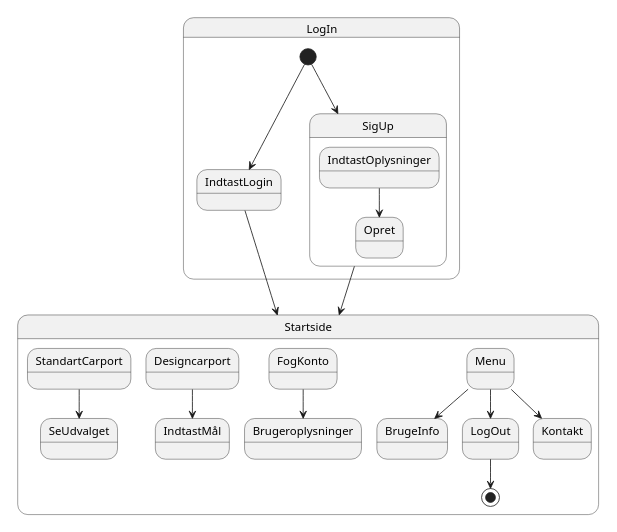
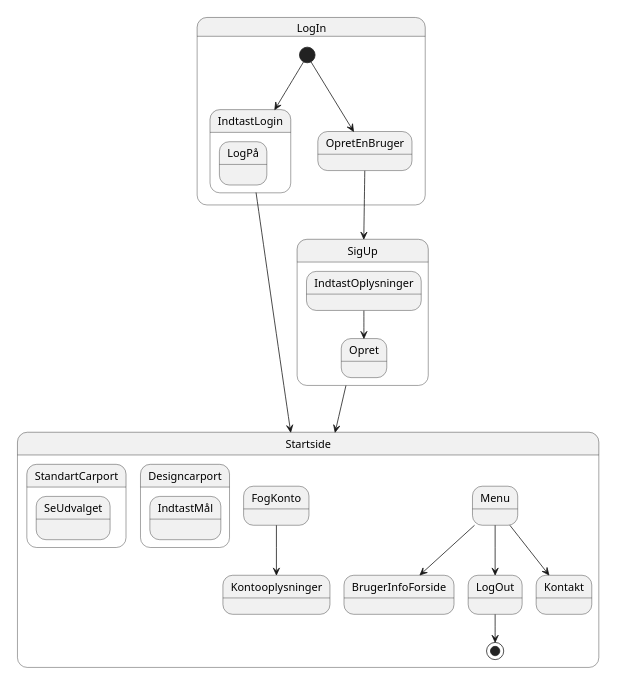
One commit to TeodoraM24/Carport2024 changed the diagram in doc/first_Customer_StartsideNavigationDiagram.puml. Above: the diagram before and after it, drawn with PlantUML. The commit also changed 4 other files, not shown here.

Commit message:
UML 4 NavigationsDiagram rettelser

```diff
--- a/doc/first_Customer_StartsideNavigationDiagram.puml
+++ b/doc/first_Customer_StartsideNavigationDiagram.puml
@@ -1,29 +1,38 @@
 @startuml
 'https://plantuml.com/state-diagram
 
 scale 350 width
 
 state LogIn {
 [*] --> IndtastLogin
-[*] --> SigUp
+[*] --> OpretEnBruger
 }
+OpretEnBruger--> SigUp
 state SigUp {
 IndtastOplysninger --> Opret
 }
 
 IndtastLogin --> Startside
+state IndtastLogin{
+LogPå:
+}
 SigUp --> Startside
 
 state Startside{
-StandartCarport --> SeUdvalget
-Designcarport --> IndtastMål
-FogKonto --> Brugeroplysninger
-Menu --> BrugeInfo
+
+state StandartCarport {
+SeUdvalget:
+}
+state Designcarport {
+IndtastMål:
+}
+FogKonto --> Kontooplysninger
+Menu --> BrugerInfoForside
 Menu --> LogOut
 LogOut -->[*]
 Menu --> Kontakt
 }
 
 
 
 @enduml
```
